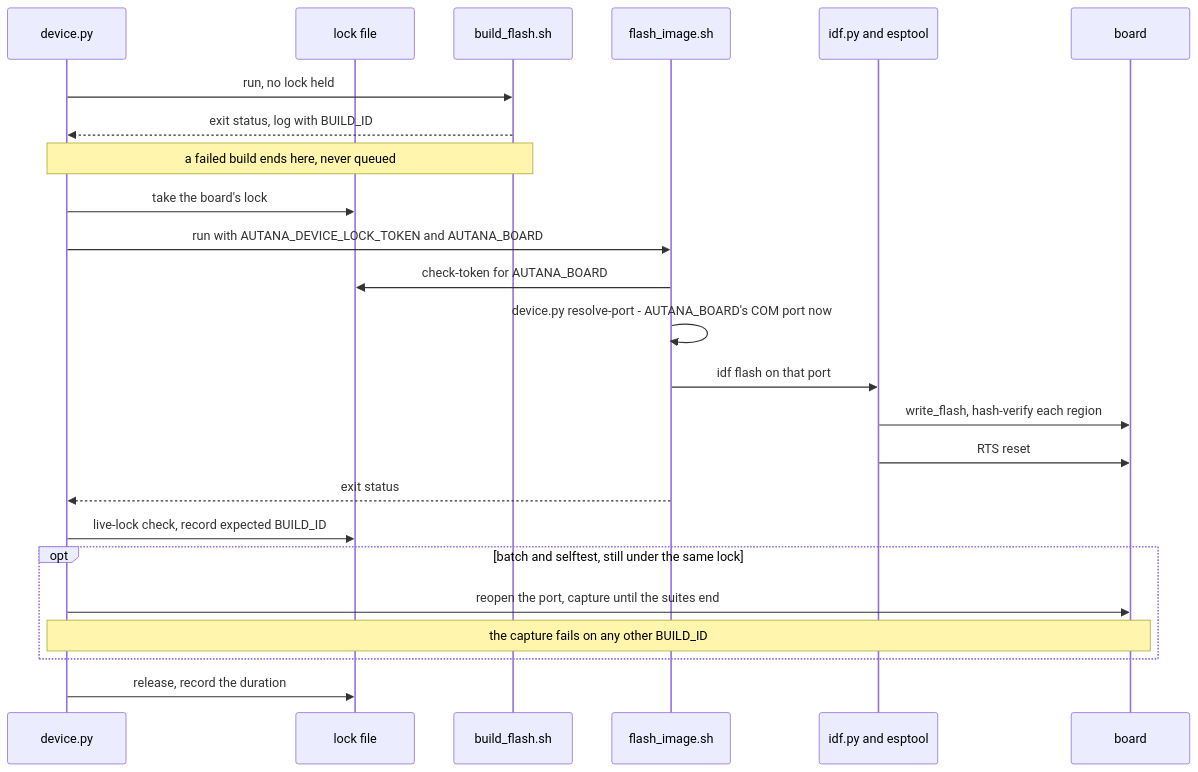
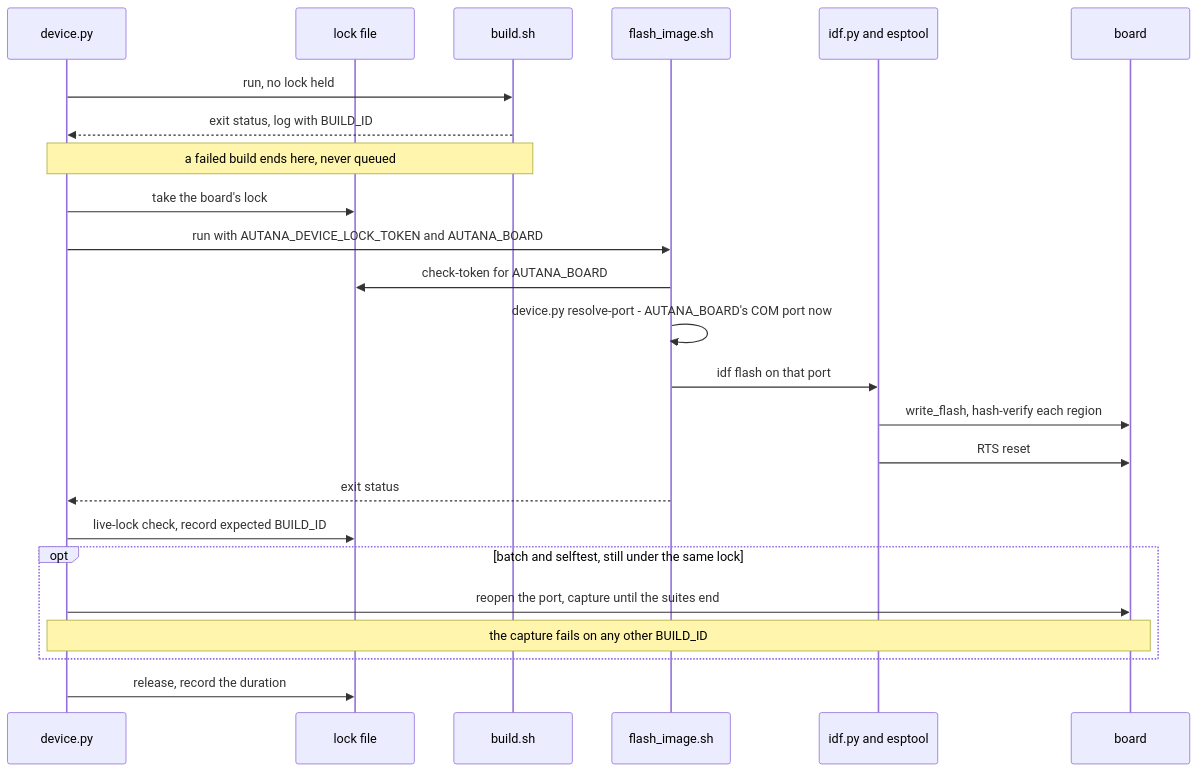
One commit to jose-villegas/autana changed the first of 2 diagrams in docs/tools/Device-Lock.md. Above: the diagram before and after it, drawn with Mermaid. The commit also changed other lines of this file and 28 other files, not shown here.

First line of the commit message:
build: build_flash.sh is build.sh, since building is all it does

````diff
--- a/docs/tools/Device-Lock.md
+++ b/docs/tools/Device-Lock.md
@@ -91,27 +91,27 @@
 ```mermaid
 sequenceDiagram
     participant Dev as device.py
     participant Lock as lock file
-    participant Build as build_flash.sh
+    participant Build as build.sh
     participant Sh as flash_image.sh
     participant Idf as idf.py and esptool
     participant Board as board
 
     Dev->>Build: run, no lock held
     Build-->>Dev: exit status, log with BUILD_ID
     Note over Dev,Build: a failed build ends here, never queued
     Dev->>Lock: take the board's lock
     Dev->>Sh: run with AUTANA_DEVICE_LOCK_TOKEN and AUTANA_BOARD
     Sh->>Lock: check-token for AUTANA_BOARD
     Sh->>Sh: device.py resolve-port - AUTANA_BOARD's COM port now
     Sh->>Idf: idf flash on that port
     Idf->>Board: write_flash, hash-verify each region
     Idf->>Board: RTS reset
     Sh-->>Dev: exit status
     Dev->>Lock: live-lock check, record expected BUILD_ID
     opt batch and selftest, still under the same lock
         Dev->>Board: reopen the port, capture until the suites end
         Note over Dev,Board: the capture fails on any other BUILD_ID
     end
     Dev->>Lock: release, record the duration
 ```
````
